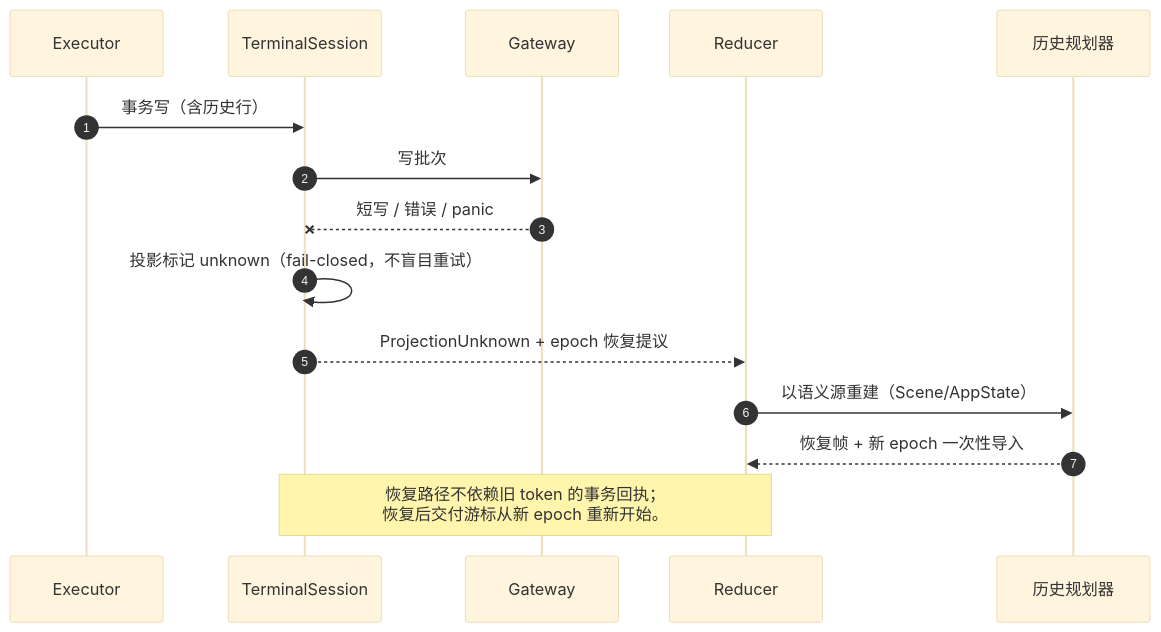
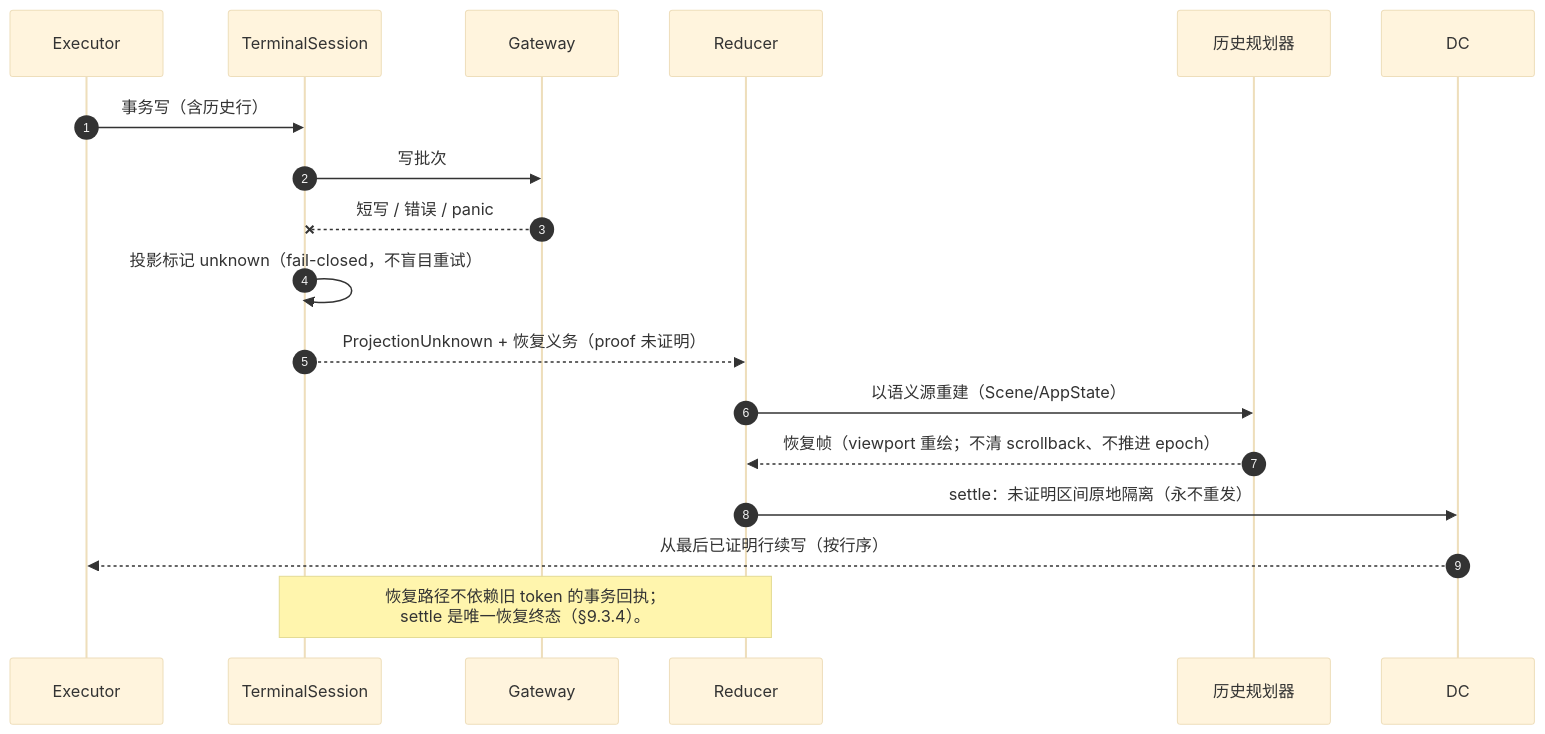
One commit to wwsheng009/ai-agent-runtime changed the seventh of 14 diagrams in docs/architecture/aicli-tui-renderer-architecture-design.md. Above: the diagram before and after it, drawn with Mermaid (base theme). The commit also changed other lines of this file and 3 other files, not shown here.

Commit message:
docs(plan,architecture): A1-2c settle 定稿 + 六门槛删除面评估（§3.4/§3.6 对齐）

````diff
--- a/docs/architecture/aicli-tui-renderer-architecture-design.md
+++ b/docs/architecture/aicli-tui-renderer-architecture-design.md
@@ -374,18 +382,20 @@
 ```mermaid
 sequenceDiagram
     autonumber
     participant EX as Executor
     participant TS as TerminalSession
     participant GW as Gateway
     participant RD as Reducer
     participant PL as 历史规划器
 
     EX->>TS: 事务写（含历史行）
     TS->>GW: 写批次
     GW--xTS: 短写 / 错误 / panic
     TS->>TS: 投影标记 unknown（fail-closed，不盲目重试）
-    TS-->>RD: ProjectionUnknown + epoch 恢复提议
+    TS-->>RD: ProjectionUnknown + 恢复义务（proof 未证明）
     RD->>PL: 以语义源重建（Scene/AppState）
-    PL-->>RD: 恢复帧 + 新 epoch 一次性导入
-    Note over RD,TS: 恢复路径不依赖旧 token 的事务回执；<br/>恢复后交付游标从新 epoch 重新开始。
+    PL-->>RD: 恢复帧（viewport 重绘；不清 scrollback、不推进 epoch）
+    RD->>DC: settle：未证明区间原地隔离（永不重发）
+    DC-->>EX: 从最后已证明行续写（按行序）
+    Note over RD,TS: 恢复路径不依赖旧 token 的事务回执；<br/>settle 是唯一恢复终态（§9.3.4）。
 ```
````
